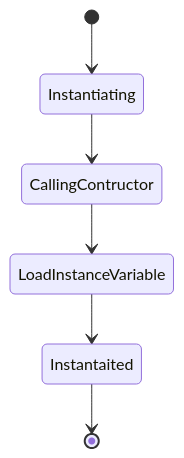
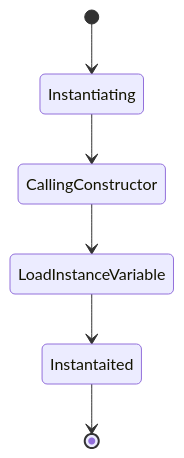
The diagram in ObjectInstantation.md (chanduujjina/JSE_Practice_2025_B1), drawn with Mermaid before and after one commit.

````diff
--- a/ObjectInstantation.md
+++ b/ObjectInstantation.md
@@ -16,8 +16,8 @@
 ```mermaid
 stateDiagram-v2
     [*] --> Instantiating
-    Instantiating --> CallingContructor
-    CallingContructor --> LoadInstanceVariable
+    Instantiating --> CallingConstructor
+    CallingConstructor --> LoadInstanceVariable
     LoadInstanceVariable --> Instantaited
     Instantaited --> [*]
 ```
````
